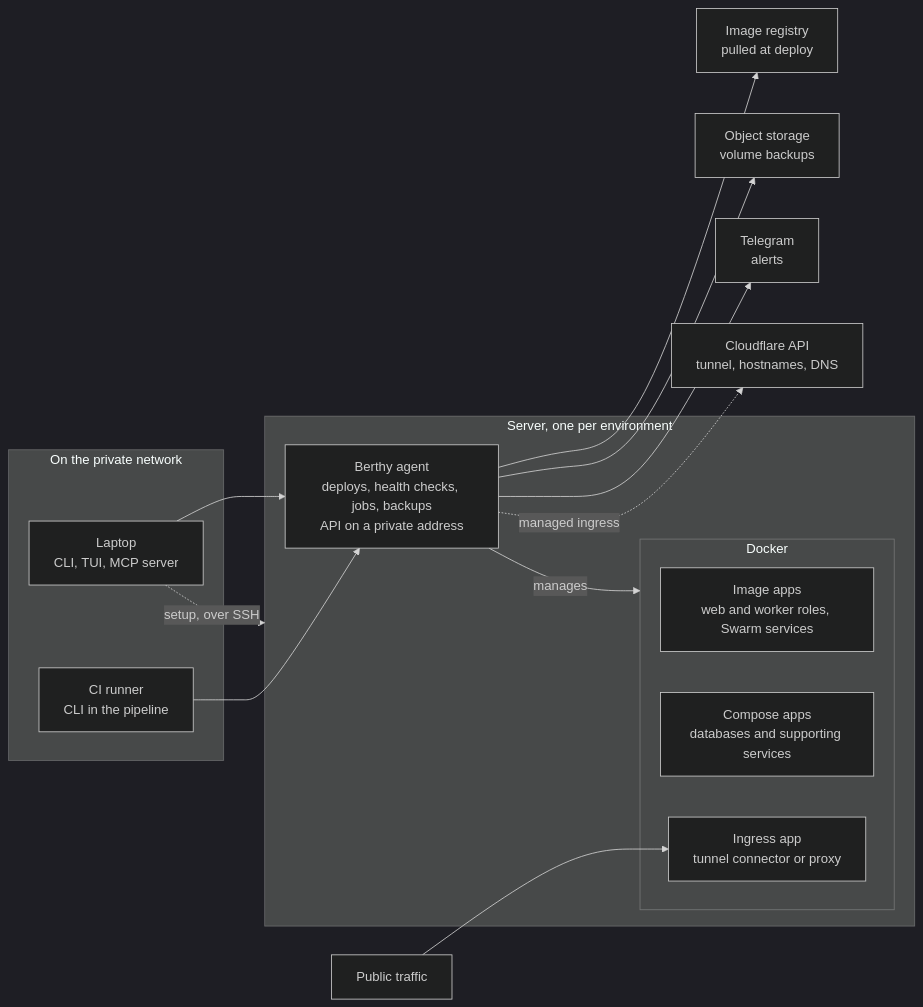
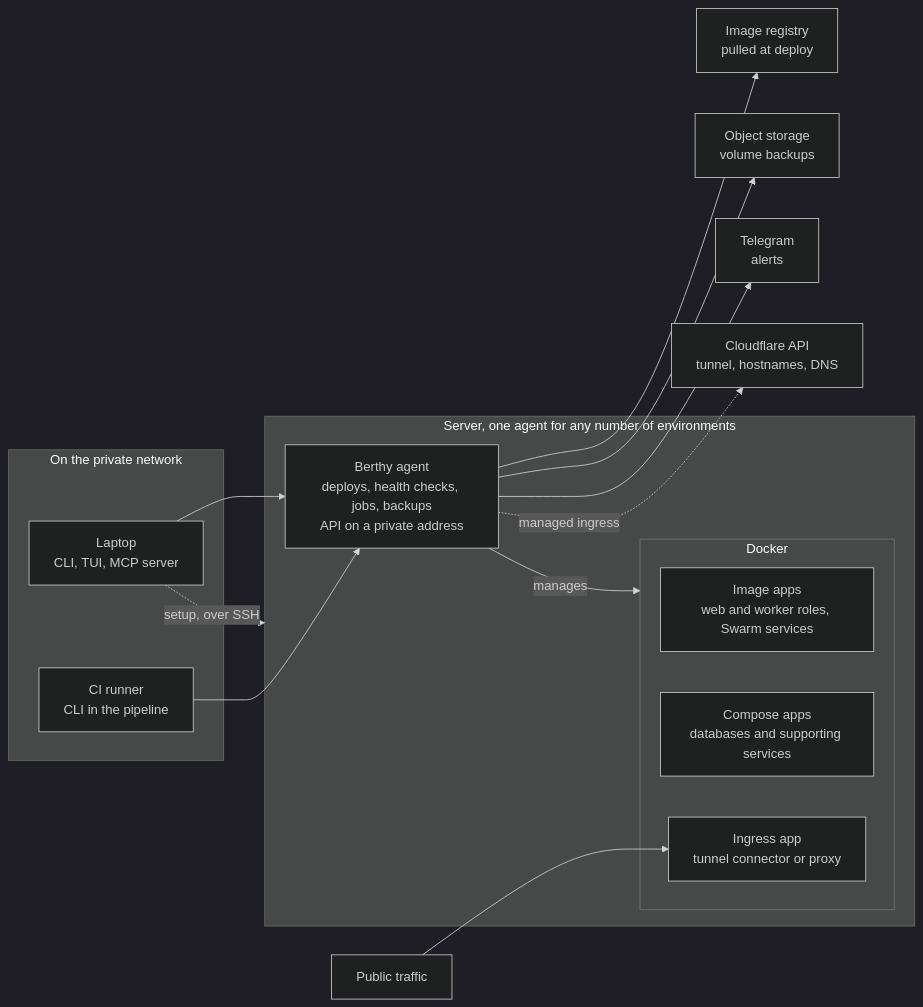
The diagram in src/content/berthy/spec-v1.md (fredimachado/berthy-web), drawn with Mermaid (dark theme) before and after one commit. The commit also changed 1 other file, not shown here.

Commit message:
Refresh the docs snapshot to berthy f33e5d8
Picks up the spec diagram that no longer shows one server per environment.

````diff
--- a/src/content/berthy/spec-v1.md
+++ b/src/content/berthy/spec-v1.md
@@ -51,32 +51,32 @@
 ```mermaid
 flowchart LR
   subgraph private["On the private network"]
     laptop["Laptop<br/>CLI, TUI, MCP server"]
     ci["CI runner<br/>CLI in the pipeline"]
   end
 
-  subgraph server["Server, one per environment"]
+  subgraph server["Server, one agent for any number of environments"]
     agent["Berthy agent<br/>deploys, health checks, jobs, backups<br/>API on a private address"]
     subgraph docker["Docker"]
       image["Image apps<br/>web and worker roles, Swarm services"]
       compose["Compose apps<br/>databases and supporting services"]
       ingress["Ingress app<br/>tunnel connector or proxy"]
     end
   end
 
   registry["Image registry<br/>pulled at deploy"]
   storage["Object storage<br/>volume backups"]
   telegram["Telegram<br/>alerts"]
   cloudflare["Cloudflare API<br/>tunnel, hostnames, DNS"]
   public["Public traffic"]
 
   laptop --> agent
   laptop -. "setup, over SSH" .-> server
   ci --> agent
   agent -- manages --> docker
   agent --> registry
   agent --> storage
   agent --> telegram
   agent -. "managed ingress" .-> cloudflare
   public --> ingress
 ```
````
